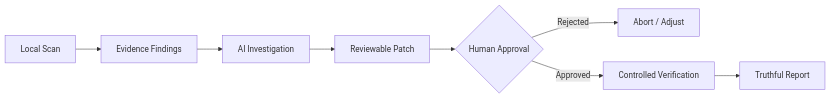
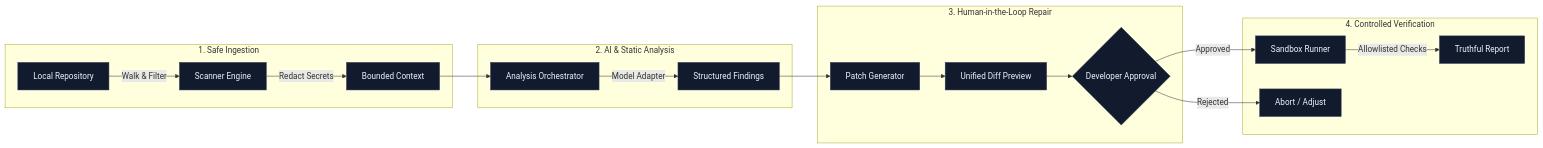
One commit to Pratham707-S/codevanta changed the diagram in README.md. Above: the diagram before and after it, drawn with Mermaid. The commit also changed other lines of this file, not shown here.

Commit message:
docs: upgrade README with 15-capabilities matrix, production architecture, and workflow

````diff
--- a/README.md
+++ b/README.md
@@ -16,10 +32,27 @@
 ```mermaid
 flowchart LR
-    A[Local Scan] --> B[Evidence Findings]
-    B --> C[AI Investigation]
-    C --> D[Reviewable Patch]
-    D --> E{Human Approval}
-    E -- Rejected --> F[Abort / Adjust]
-    E -- Approved --> G[Controlled Verification]
-    G --> H[Truthful Report]
+    subgraph Discovery ["1. Safe Ingestion"]
+        A[Local Repository] -->|Walk & Filter| B[Scanner Engine]
+        B -->|Redact Secrets| C[Bounded Context]
+    end
+
+    subgraph Intelligence ["2. AI & Static Analysis"]
+        C --> D[Analysis Orchestrator]
+        D -->|Model Adapter| E[Structured Findings]
+    end
+
+    subgraph Repair ["3. Human-in-the-Loop Repair"]
+        E --> F[Patch Generator]
+        F --> G[Unified Diff Preview]
+        G --> H{Developer Approval}
+    end
+
+    subgraph Verification ["4. Controlled Verification"]
+        H -- Approved --> I[Sandbox Runner]
+        H -- Rejected --> J[Abort / Adjust]
+        I -->|Allowlisted Checks| K[Truthful Report]
+    end
+
+    classDef stage fill:#121b2e,stroke:#2b3a56,stroke-width:1px,color:#eef3ff;
+    class A,B,C,D,E,F,G,H,I,J,K stage;
 ```
````
